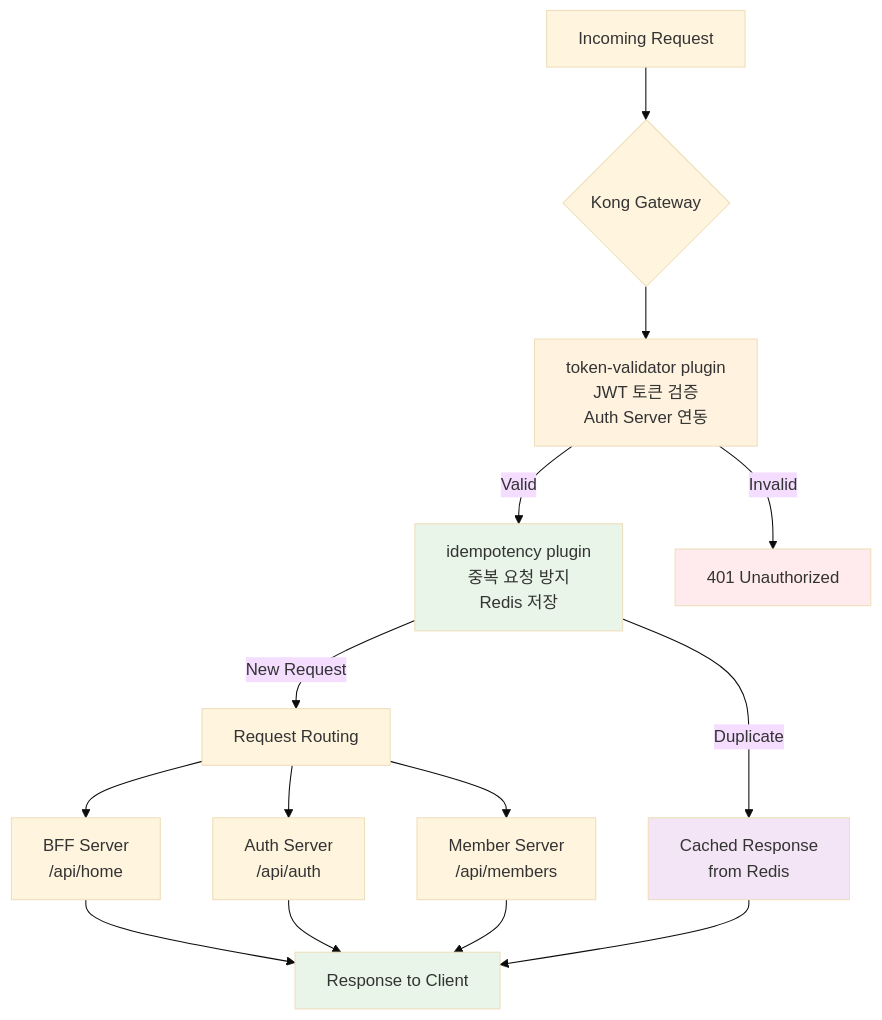
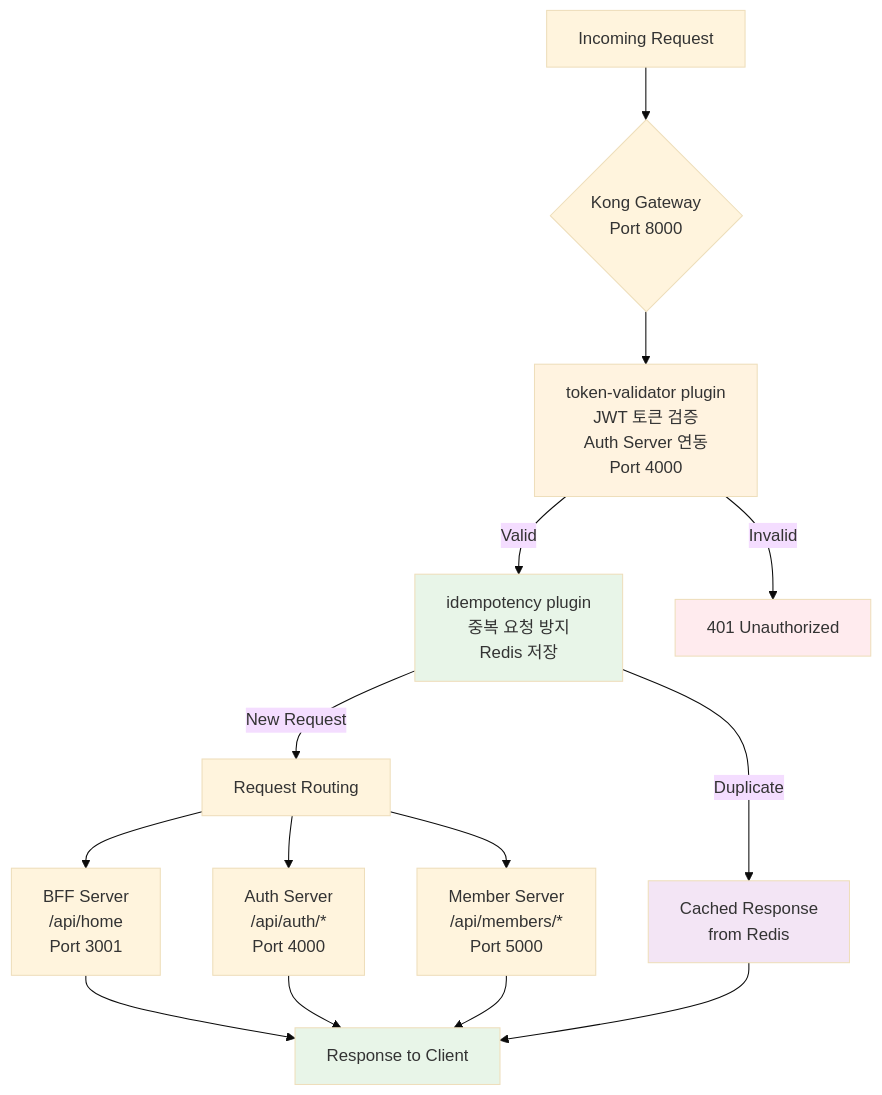
The third of 4 diagrams in README.md (kwonbongsoo/rehabilitationTreatment), drawn with Mermaid (base theme) before and after one commit. The commit also changed other lines of this file, not shown here.

Commit message:
fixed: port description

````diff
--- a/README.md
+++ b/README.md
@@ -125,26 +138,26 @@
 ```mermaid
 graph TD
-    Request[Incoming Request] --> Kong{Kong Gateway}
+    Request[Incoming Request] --> Kong{Kong Gateway<br/>Port 8000}
 
-    Kong --> TokenValidator[token-validator plugin<br/>JWT 토큰 검증<br/>Auth Server 연동]
+    Kong --> TokenValidator[token-validator plugin<br/>JWT 토큰 검증<br/>Auth Server 연동<br/>Port 4000]
     TokenValidator --> |Valid| Idempotency[idempotency plugin<br/>중복 요청 방지<br/>Redis 저장]
     TokenValidator --> |Invalid| Reject[401 Unauthorized]
 
     Idempotency --> |New Request| Route[Request Routing]
     Idempotency --> |Duplicate| Cached[Cached Response<br/>from Redis]
 
-    Route --> BFFRoute[BFF Server<br/>/api/home]
-    Route --> AuthRoute[Auth Server<br/>/api/auth]
-    Route --> MemberRoute[Member Server<br/>/api/members]
+    Route --> BFFRoute[BFF Server<br/>/api/home<br/>Port 3001]
+    Route --> AuthRoute[Auth Server<br/>/api/auth/*<br/>Port 4000]
+    Route --> MemberRoute[Member Server<br/>/api/members/*<br/>Port 5000]
 
     BFFRoute --> Response[Response to Client]
     AuthRoute --> Response
     MemberRoute --> Response
     Cached --> Response
 
     style TokenValidator fill:#fff3e0
     style Idempotency fill:#e8f5e8
     style Reject fill:#ffebee
     style Cached fill:#f3e5f5
     style Response fill:#e8f5e8
 ```
````
